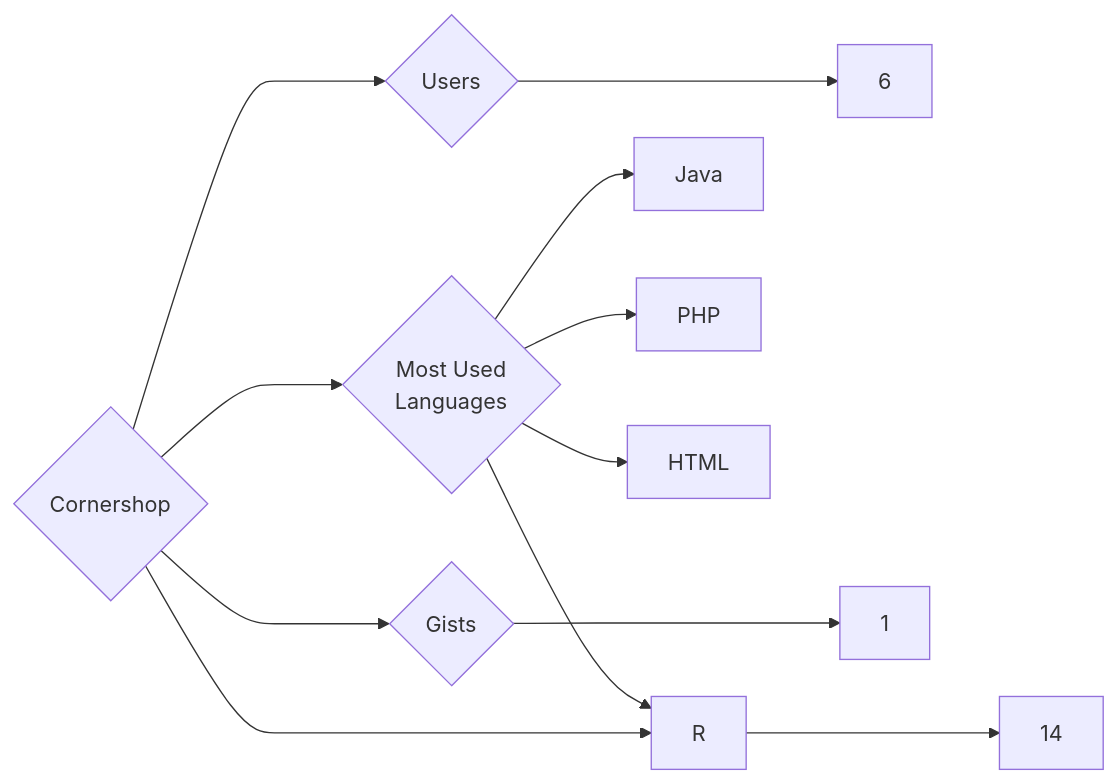
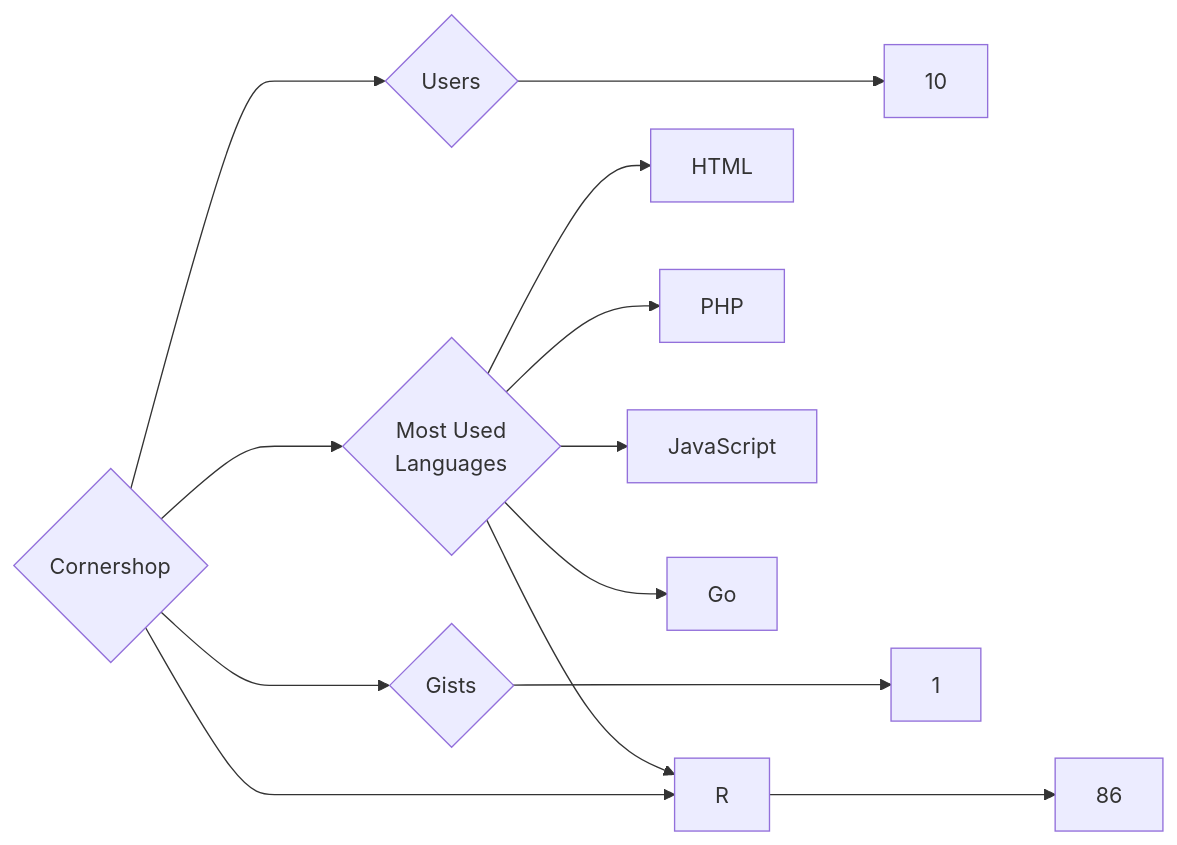
One commit to trickest/insiders changed the diagram in targets/Cornershop/README.md. Above: the diagram before and after it, drawn with Mermaid. The commit also changed 1141 other files, not shown here.

````diff
--- a/targets/Cornershop/README.md
+++ b/targets/Cornershop/README.md
@@ -3,12 +3,13 @@
 ```mermaid
 graph LR
 COMPANY_NAME{Cornershop}
-COMPANY_NAME ---> U{Users} ---> UN[6]
-COMPANY_NAME ---> R{Repositories} ---> RN[14]
+COMPANY_NAME ---> U{Users} ---> UN[10]
+COMPANY_NAME ---> R{Repositories} ---> RN[86]
 COMPANY_NAME ---> G{Gists} ---> GN[1]
 COMPANY_NAME ---> ML{Most Used<br>Languages}
-ML --> Java[Java]
+ML --> HTML[HTML]
+ML --> PHP[PHP]
+ML --> JavaScript[JavaScript]
+ML --> Go[Go]
 ML --> R[R]
-ML --> PHP[PHP]
-ML --> HTML[HTML]
 ```
````
